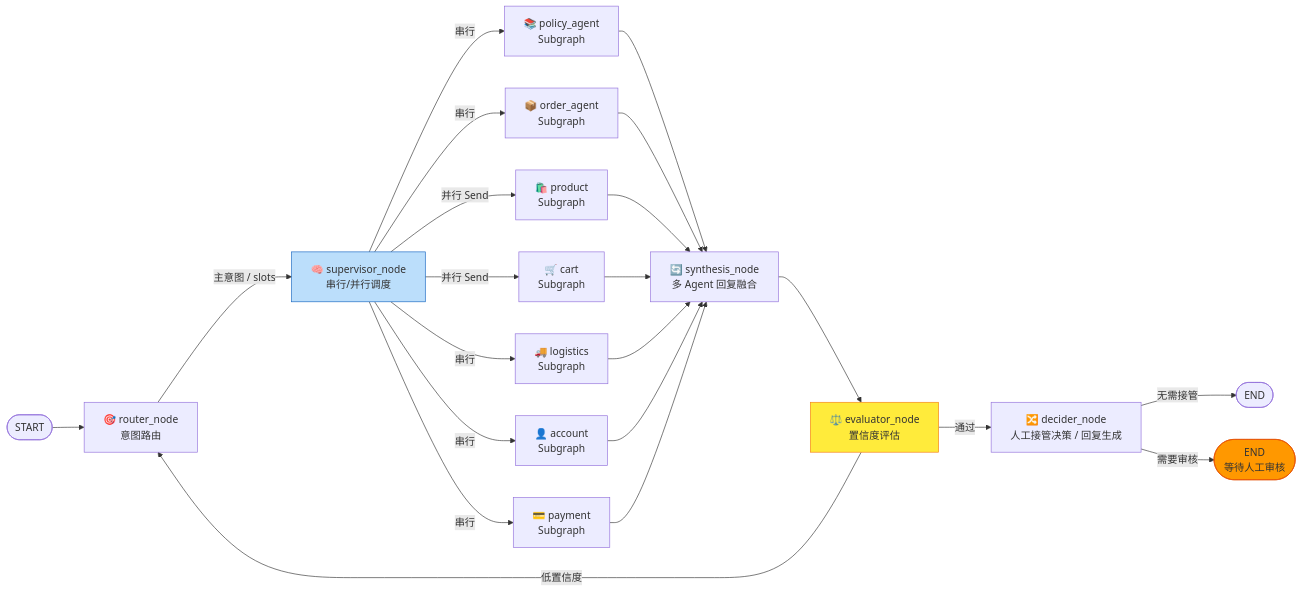
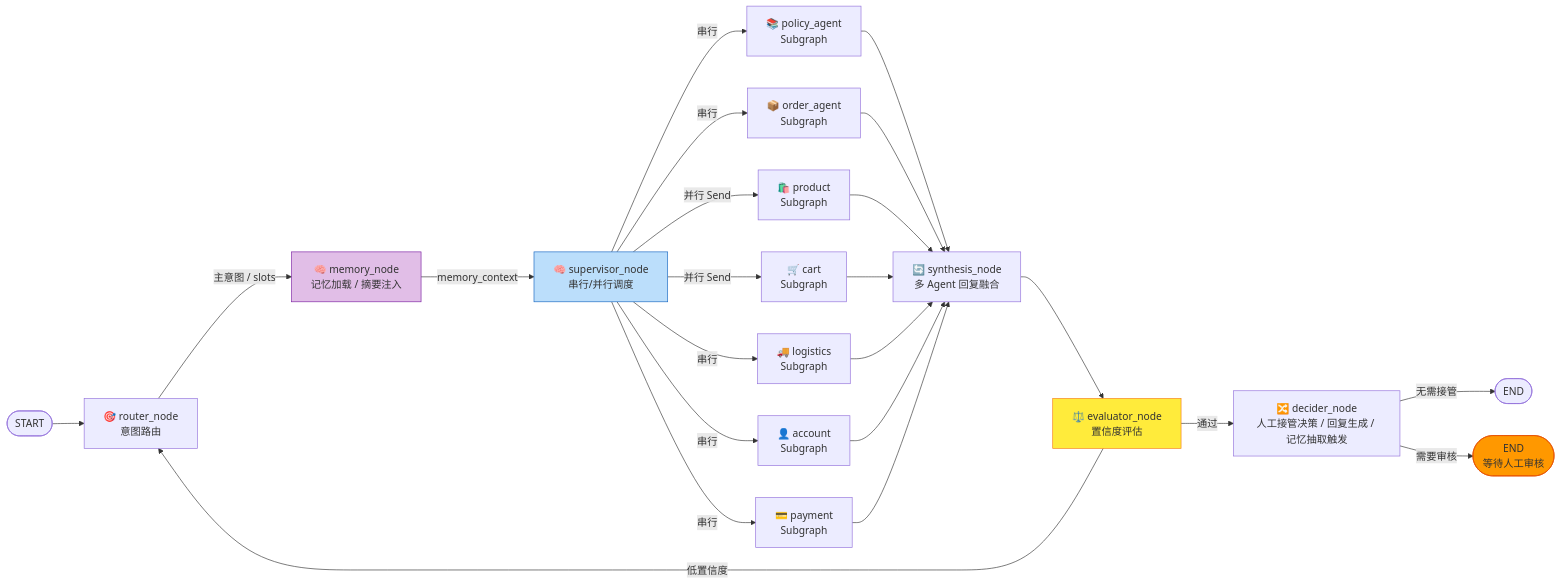
Before and after one commit to Mr-ZeLong/E-commerce-Smart-Agent: the second of 14 diagrams in architecture.md, drawn with Mermaid. The commit also changed other lines of this file and 56 other files, not shown here.

Commit message:
feat: implement Phase 3 roadmap (structured memory, vector conversation memory, agent config center, fact extraction pipeline)

````diff
--- a/architecture.md
+++ b/architecture.md
@@ -161,33 +188,36 @@
 ```mermaid
 flowchart LR
     START([START]) --> ROUTER["🎯 router_node\n意图路由"]
 
-    ROUTER -->|"主意图 / slots"| SUPERVISOR["🧠 supervisor_node\n串行/并行调度"]
+    ROUTER -->|"主意图 / slots"| MEMORY["🧠 memory_node\n记忆加载 / 摘要注入"]
+
+    MEMORY -->|"memory_context"| SUPERVISOR["🧠 supervisor_node\n串行/并行调度"]
 
     SUPERVISOR -->|"串行"| POLICY["📚 policy_agent\nSubgraph"]
     SUPERVISOR -->|"串行"| ORDER["📦 order_agent\nSubgraph"]
     SUPERVISOR -->|"并行 Send"| PRODUCT["🛍️ product\nSubgraph"]
     SUPERVISOR -->|"并行 Send"| CART["🛒 cart\nSubgraph"]
     SUPERVISOR -->|"串行"| LOGISTICS["🚚 logistics\nSubgraph"]
     SUPERVISOR -->|"串行"| ACCOUNT["👤 account\nSubgraph"]
     SUPERVISOR -->|"串行"| PAYMENT["💳 payment\nSubgraph"]
 
     POLICY --> SYNTHESIS["🔄 synthesis_node\n多 Agent 回复融合"]
     ORDER --> SYNTHESIS
     PRODUCT --> SYNTHESIS
     CART --> SYNTHESIS
     LOGISTICS --> SYNTHESIS
     ACCOUNT --> SYNTHESIS
     PAYMENT --> SYNTHESIS
 
     SYNTHESIS --> EVAL["⚖️ evaluator_node\n置信度评估"]
     EVAL -->|"低置信度"| ROUTER
-    EVAL -->|"通过"| DECIDER["🔀 decider_node\n人工接管决策 / 回复生成"]
+    EVAL -->|"通过"| DECIDER["🔀 decider_node\n人工接管决策 / 回复生成 / 记忆抽取触发"]
 
     DECIDER -->|"无需接管"| END_NORMAL([END])
     DECIDER -->|"需要审核"| END_AUDIT([END\n等待人工审核])
 
+    style MEMORY fill:#e1bee7,stroke:#7b1fa2
     style SUPERVISOR fill:#bbdefb,stroke:#1565c0
     style EVAL fill:#ffeb3b,stroke:#f57f17
     style END_AUDIT fill:#ff9800,stroke:#e65100
 ```
````
